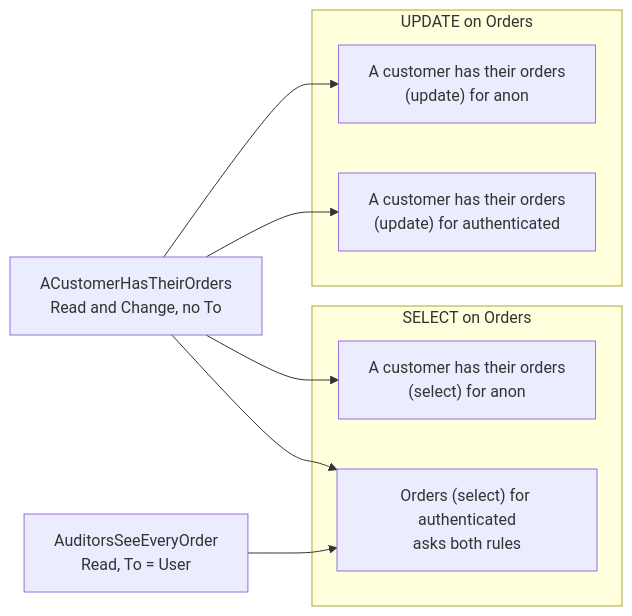
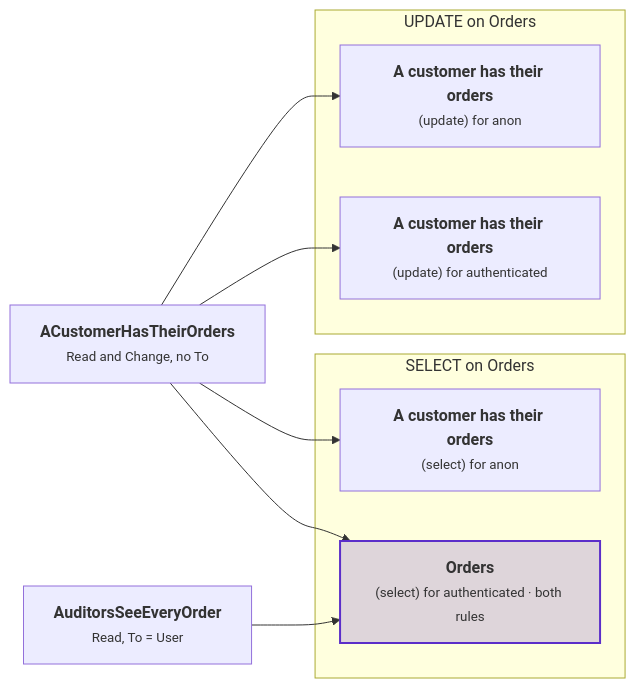
Before and after one commit to DylanSnel/DDDToolkit: the fifth of 14 diagrams in docs/row-level-security.md, drawn with Mermaid. The commit also changed other lines of this file and 41 other files, not shown here.

First line of the commit message:
Docs: plain prose, one word per concept, and readable diagrams on every page

````diff
--- a/docs/row-level-security.md
+++ b/docs/row-level-security.md
@@ -836,18 +924,20 @@
 ```mermaid
 flowchart LR
-    Customer["ACustomerHasTheirOrders<br/>Read and Change, no To"]
-    Auditors["AuditorsSeeEveryOrder<br/>Read, To = User"]
+    customer["<b>ACustomerHasTheirOrders</b><br/><small>Read and Change, no To</small>"]
+    auditors["<b>AuditorsSeeEveryOrder</b><br/><small>Read, To = User</small>"]
     subgraph Reading["SELECT on Orders"]
-        SelectAnon["A customer has their orders<br/>(select) for anon"]
-        SelectUser["Orders (select) for authenticated<br/>asks both rules"]
+        selectAnon["<b>A customer has their orders</b><br/><small>(select) for anon</small>"]
+        selectUser["<b>Orders</b><br/><small>(select) for authenticated · both rules</small>"]
     end
     subgraph Changing["UPDATE on Orders"]
-        UpdateAnon["A customer has their orders<br/>(update) for anon"]
-        UpdateUser["A customer has their orders<br/>(update) for authenticated"]
+        updateAnon["<b>A customer has their orders</b><br/><small>(update) for anon</small>"]
+        updateUser["<b>A customer has their orders</b><br/><small>(update) for authenticated</small>"]
     end
-    Customer --> SelectAnon
-    Customer --> SelectUser
-    Auditors --> SelectUser
-    Customer --> UpdateAnon
-    Customer --> UpdateUser
+    customer --> selectAnon
+    customer --> selectUser
+    auditors --> selectUser
+    customer --> updateAnon
+    customer --> updateUser
+    classDef strong fill:#5b2ec933,stroke:#5b2ec9,stroke-width:2px
+    class selectUser strong
 ```
````
